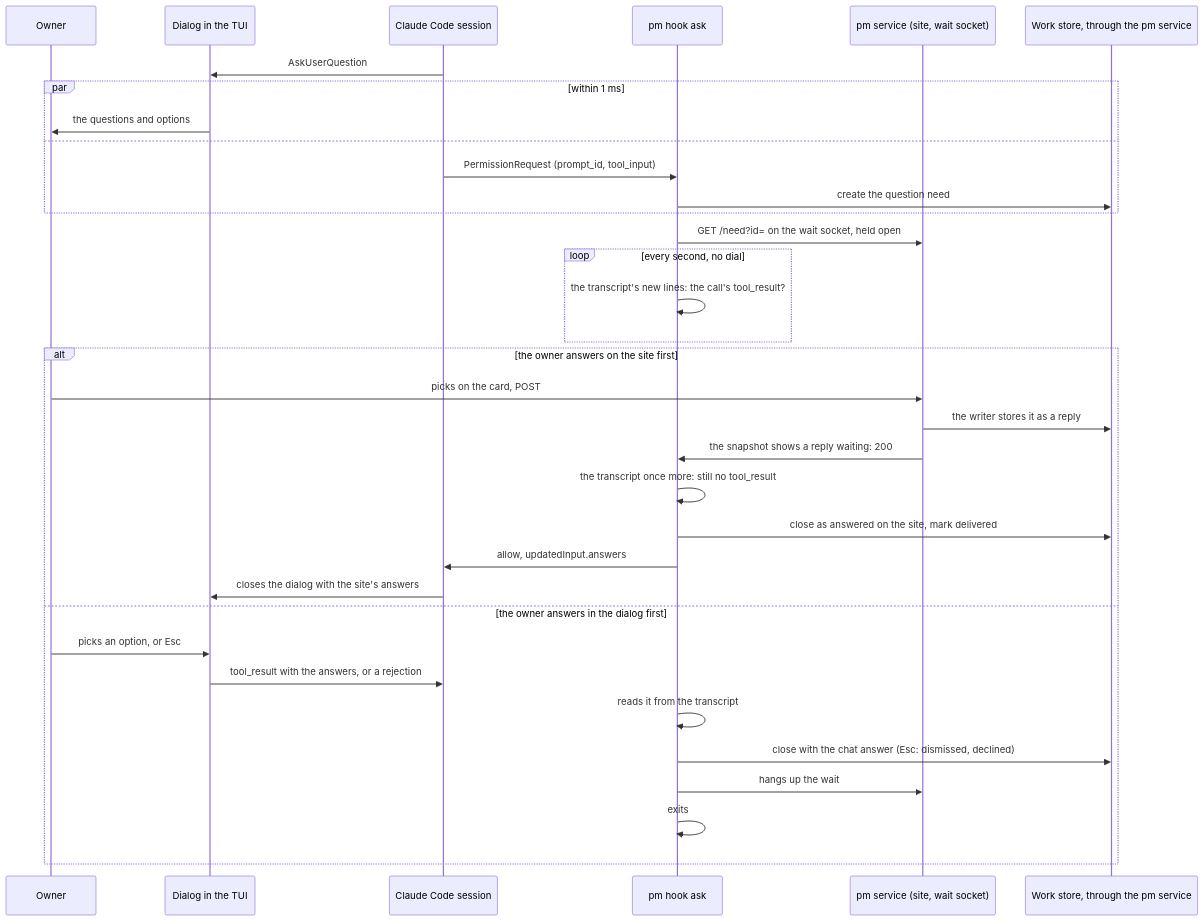
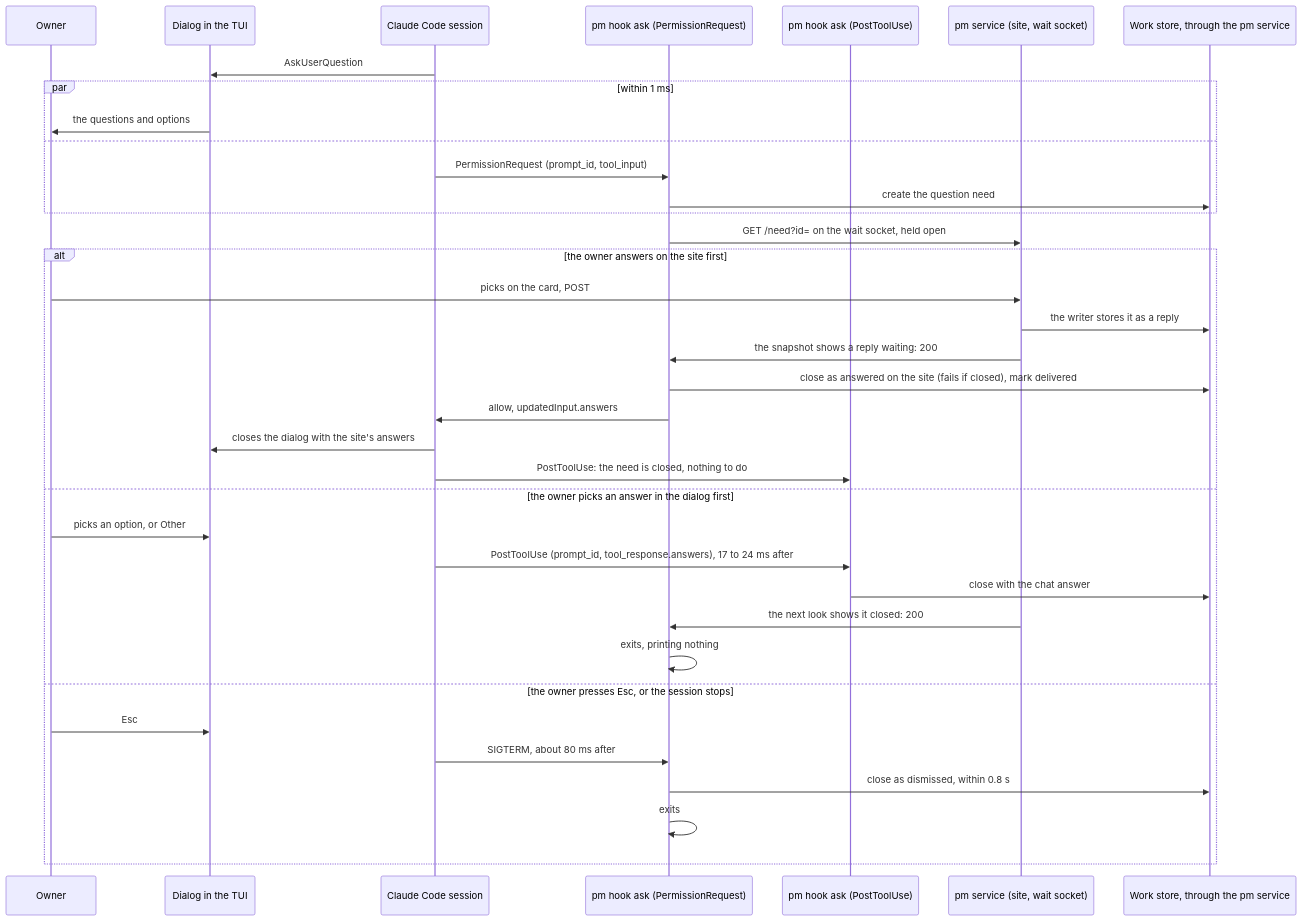
The first of 3 diagrams in design/owner-questions.md (Yeeef/pm), drawn with Mermaid before and after one commit. The commit also changed other lines of this file, not shown here.

Commit message:
owner-questions: every ending of a question reaches pm through a hook event; transcript tail and rollout reads rejected

````diff
--- a/design/owner-questions.md
+++ b/design/owner-questions.md
@@ -143,36 +146,38 @@
 ```mermaid
 sequenceDiagram
   participant O as Owner
   participant D as Dialog in the TUI
   participant A as Claude Code session
-  participant H as pm hook ask
+  participant H as pm hook ask (PermissionRequest)
+  participant P as pm hook ask (PostToolUse)
   participant S as pm service (site, wait socket)
   participant W as Work store, through the pm service
   A->>D: AskUserQuestion
   par within 1 ms
     D->>O: the questions and options
   and
     A->>H: PermissionRequest (prompt_id, tool_input)
     H->>W: create the question need
   end
   H->>S: GET /need?id= on the wait socket, held open
-  loop every second, no dial
-    H->>H: the transcript's new lines: the call's tool_result?
-  end
   alt the owner answers on the site first
     O->>S: picks on the card, POST
     S->>W: the writer stores it as a reply
     S->>H: the snapshot shows a reply waiting: 200
-    H->>H: the transcript once more: still no tool_result
-    H->>W: close as answered on the site, mark delivered
+    H->>W: close as answered on the site (fails if closed), mark delivered
     H->>A: allow, updatedInput.answers
     A->>D: closes the dialog with the site's answers
-  else the owner answers in the dialog first
-    O->>D: picks an option, or Esc
-    D->>A: tool_result with the answers, or a rejection
-    H->>H: reads it from the transcript
-    H->>W: close with the chat answer (Esc: dismissed, declined)
-    H->>S: hangs up the wait
+    A->>P: PostToolUse: the need is closed, nothing to do
+  else the owner picks an answer in the dialog first
+    O->>D: picks an option, or Other
+    A->>P: PostToolUse (prompt_id, tool_response.answers), 17 to 24 ms after
+    P->>W: close with the chat answer
+    S->>H: the next look shows it closed: 200
+    H->>H: exits, printing nothing
+  else the owner presses Esc, or the session stops
+    O->>D: Esc
+    A->>H: SIGTERM, about 80 ms after
+    H->>W: close as dismissed, within 0.8 s
     H->>H: exits
   end
 ```
````
